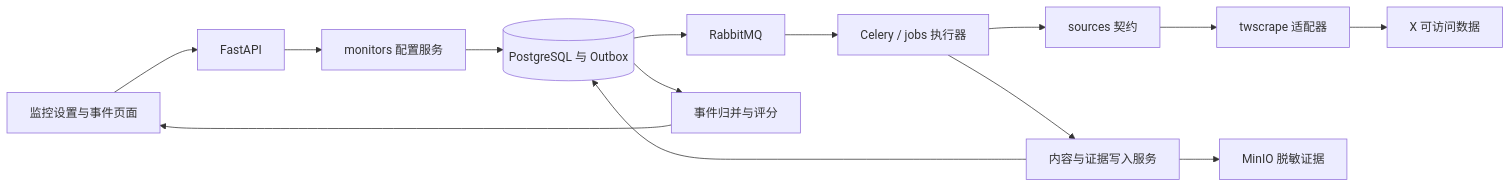
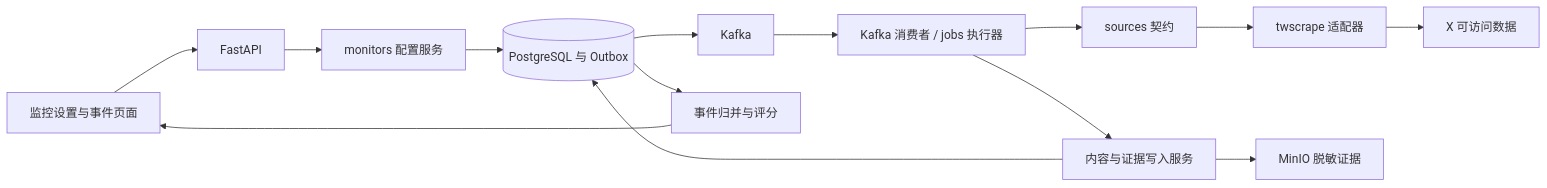
Before and after one commit to StephenQiu30/Ripplesight: the diagram in docs/design/002-X免费采集与热点监控设计.md, drawn with Mermaid. The commit also changed other lines of this file and 56 other files, not shown here.

````diff
--- a/docs/design/002-X免费采集与热点监控设计.md
+++ b/docs/design/002-X免费采集与热点监控设计.md
@@ -171,16 +173,16 @@
 ```mermaid
 flowchart LR
   UI[监控设置与事件页面] --> API[FastAPI]
   API --> MON[monitors 配置服务]
   MON --> DB[(PostgreSQL 与 Outbox)]
-  DB --> MQ[RabbitMQ]
-  MQ --> JOB[Celery / jobs 执行器]
+  DB --> MQ[Kafka]
+  MQ --> JOB[Kafka 消费者 / jobs 执行器]
   JOB --> SRC[sources 契约]
   SRC --> TW[twscrape 适配器]
   TW --> X[X 可访问数据]
   JOB --> ING[内容与证据写入服务]
   ING --> DB
   ING --> OBJ[MinIO 脱敏证据]
   DB --> SCORE[事件归并与评分]
   SCORE --> UI
 ```
````
